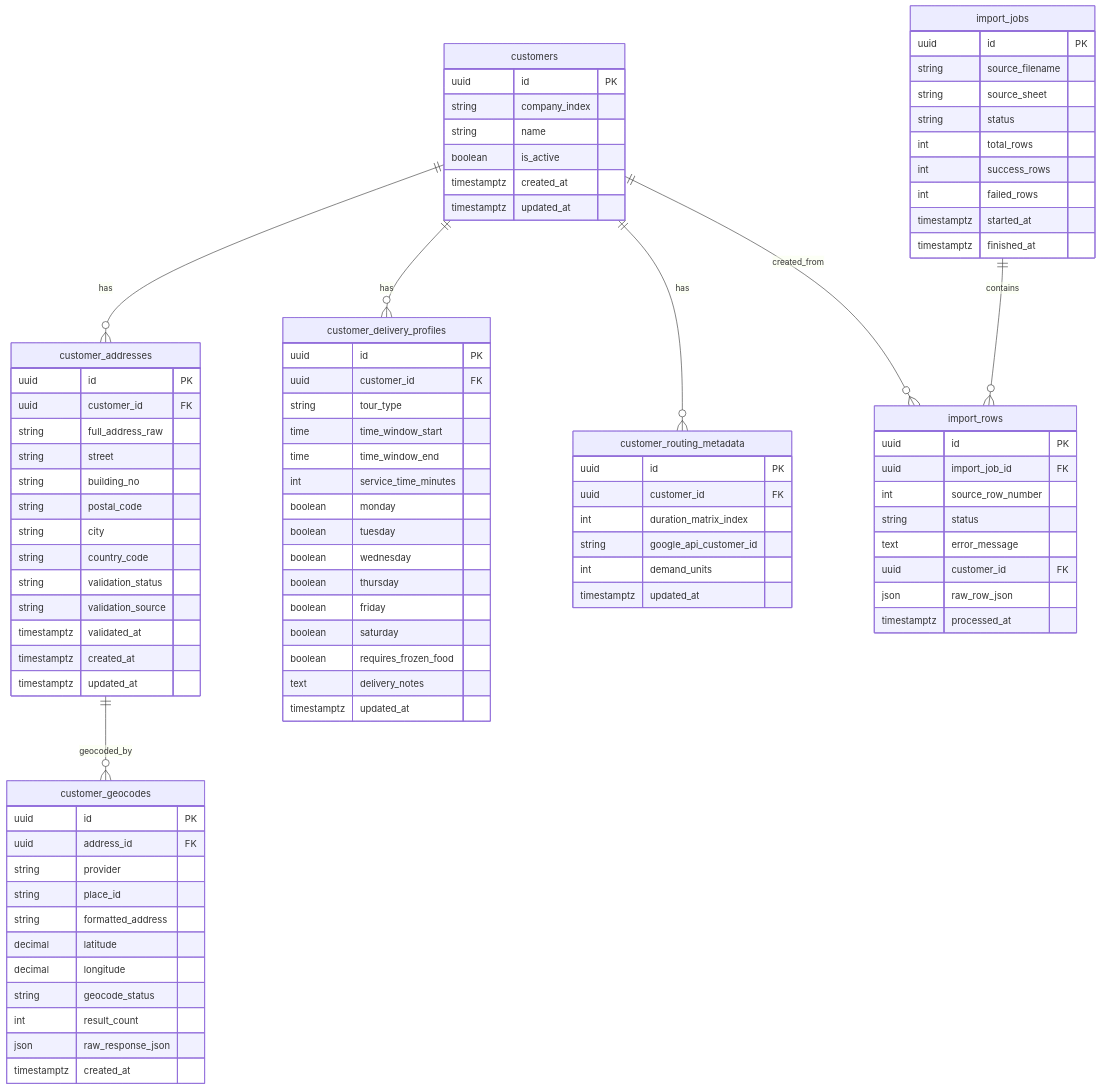
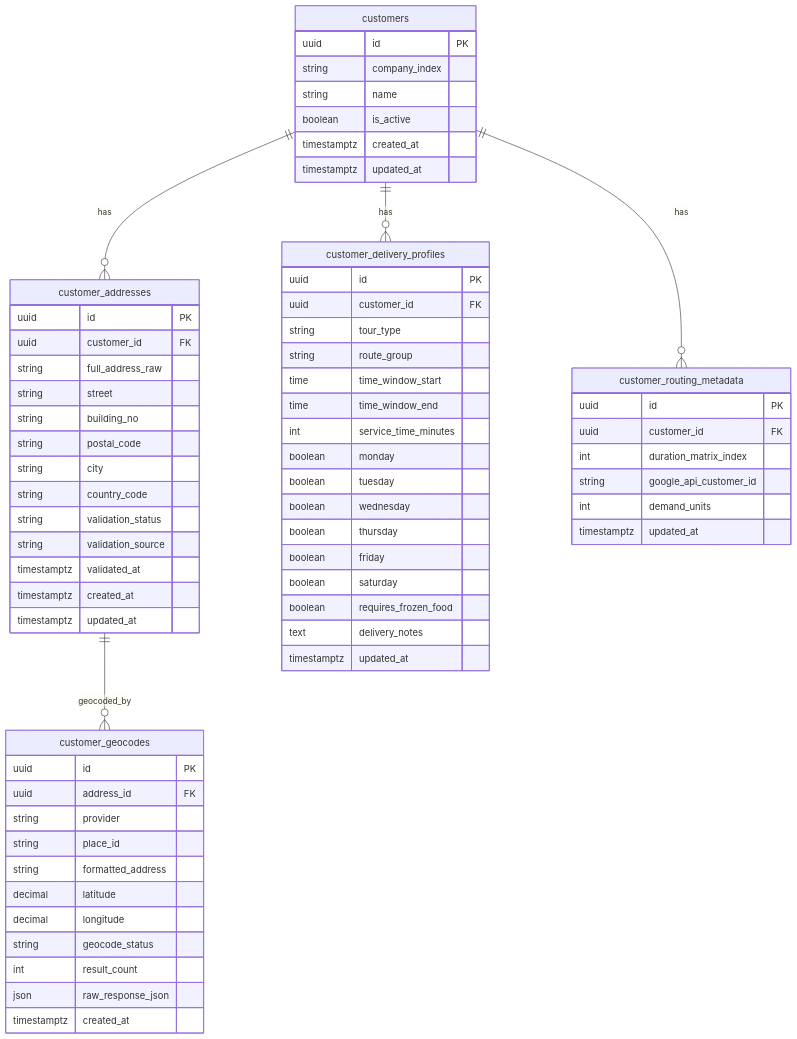
One commit to Svenson-Maximus/RouteOptimizationApp changed the diagram in docs/architecture/database-structure.md. Above: the diagram before and after it, drawn with Mermaid. The commit also changed other lines of this file and 16 other files, not shown here.

````diff
--- a/docs/architecture/database-structure.md
+++ b/docs/architecture/database-structure.md
@@ -20,8 +18,6 @@
     customer_addresses ||--o{ customer_geocodes : geocoded_by
     customers ||--o{ customer_delivery_profiles : has
     customers ||--o{ customer_routing_metadata : has
-    import_jobs ||--o{ import_rows : contains
-    customers ||--o{ import_rows : created_from
 
     customers {
       uuid id PK
@@ -66,6 +62,7 @@
       uuid id PK
       uuid customer_id FK
       string tour_type
+      string route_group
       time time_window_start
       time time_window_end
       int service_time_minutes
@@ -88,27 +85,4 @@
       int demand_units
       timestamptz updated_at
     }
-
-    import_jobs {
-      uuid id PK
-      string source_filename
-      string source_sheet
-      string status
-      int total_rows
-      int success_rows
-      int failed_rows
-      timestamptz started_at
-      timestamptz finished_at
-    }
-
-    import_rows {
-      uuid id PK
-      uuid import_job_id FK
-      int source_row_number
-      string status
-      text error_message
-      uuid customer_id FK
-      json raw_row_json
-      timestamptz processed_at
-    }
 ```
````
